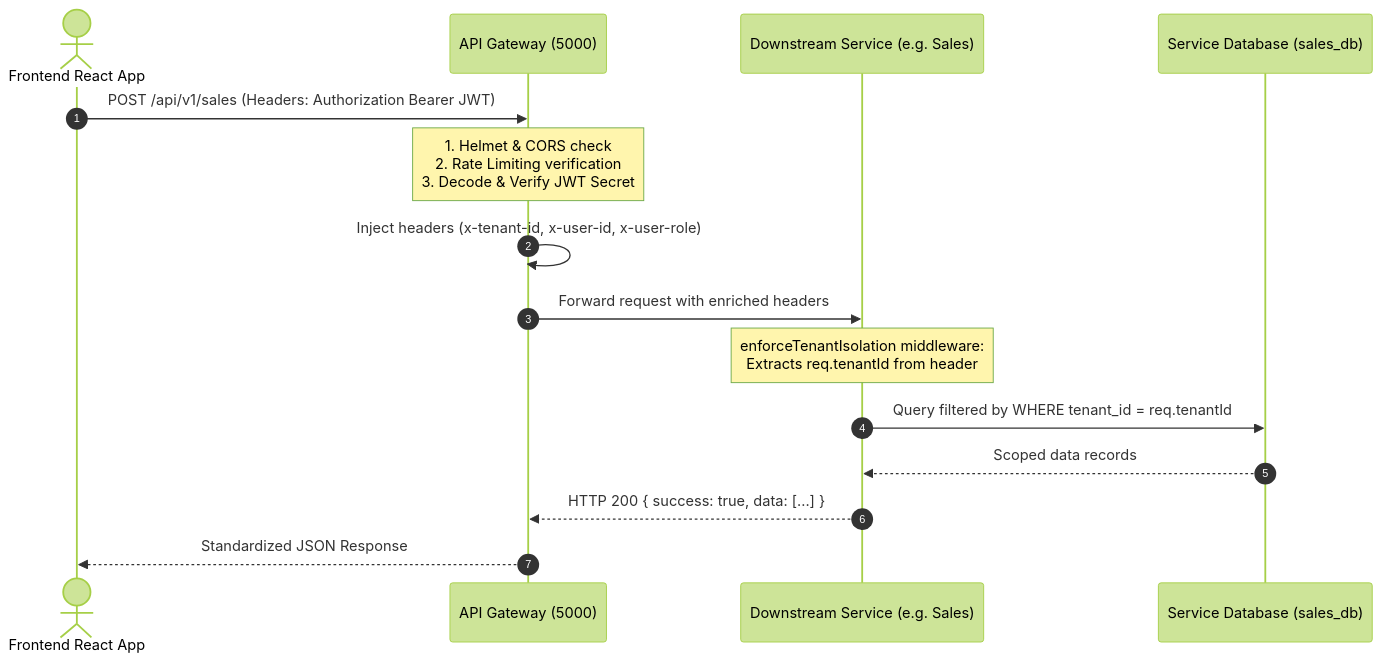
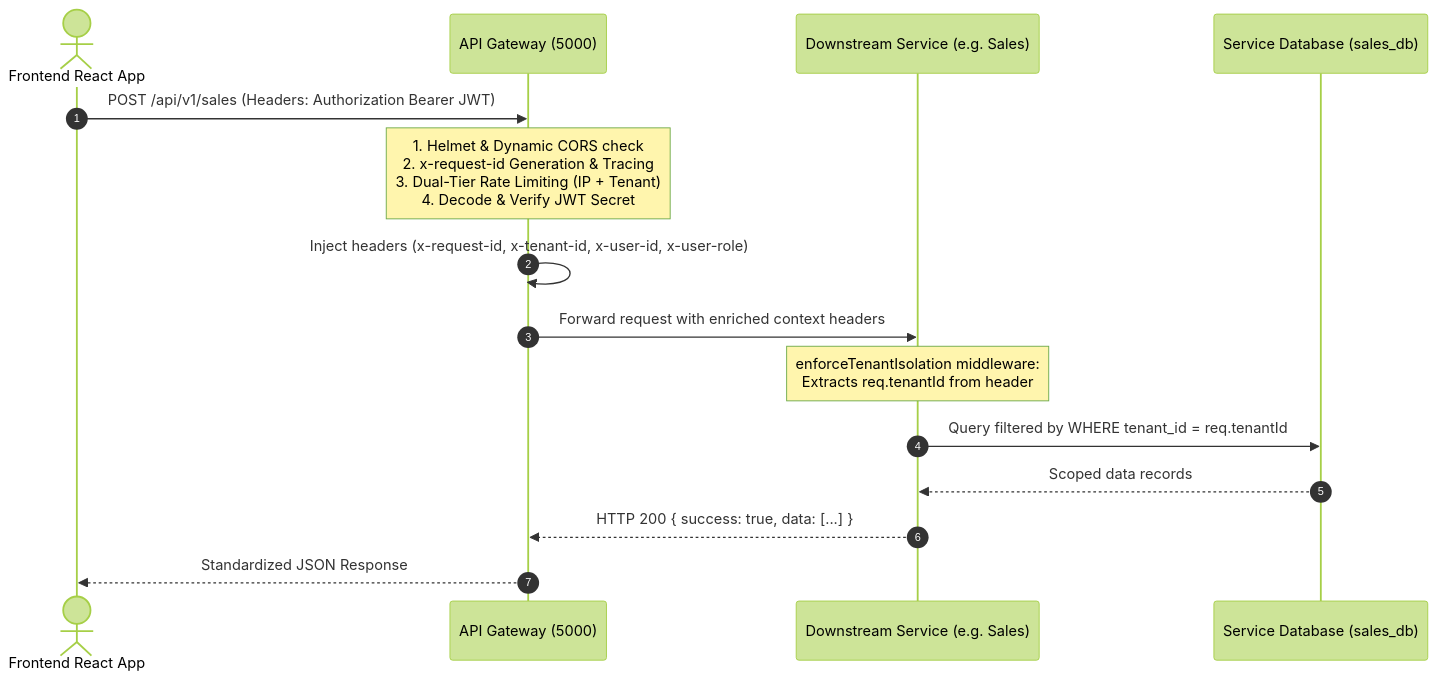
One commit to yukeshkannan/STOCK_PILOT-IMS changed the second of 2 diagrams in docs/ARCHITECTURE.md. Above: the diagram before and after it, drawn with Mermaid (forest theme). The commit also changed 11 other files, not shown here.

````diff
--- a/docs/ARCHITECTURE.md
+++ b/docs/ARCHITECTURE.md
@@ -41,18 +41,18 @@
 ```mermaid
 sequenceDiagram
     autonumber
     actor Client as Frontend React App
     participant GW as API Gateway (5000)
     participant Auth as Downstream Service (e.g. Sales)
     participant DB as Service Database (sales_db)
 
     Client->>GW: POST /api/v1/sales (Headers: Authorization Bearer JWT)
-    Note over GW: 1. Helmet & CORS check<br/>2. Rate Limiting verification<br/>3. Decode & Verify JWT Secret
-    GW->>GW: Inject headers (x-tenant-id, x-user-id, x-user-role)
-    GW->>Auth: Forward request with enriched headers
+    Note over GW: 1. Helmet & Dynamic CORS check<br/>2. x-request-id Generation & Tracing<br/>3. Dual-Tier Rate Limiting (IP + Tenant)<br/>4. Decode & Verify JWT Secret
+    GW->>GW: Inject headers (x-request-id, x-tenant-id, x-user-id, x-user-role)
+    GW->>Auth: Forward request with enriched context headers
     Note over Auth: enforceTenantIsolation middleware:<br/>Extracts req.tenantId from header
     Auth->>DB: Query filtered by WHERE tenant_id = req.tenantId
     DB-->>Auth: Scoped data records
     Auth-->>GW: HTTP 200 { success: true, data: [...] }
     GW-->>Client: Standardized JSON Response
 ```
````
